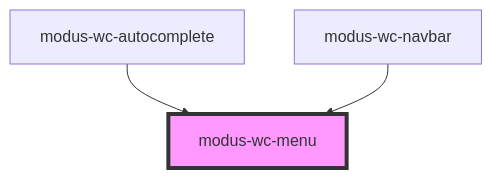
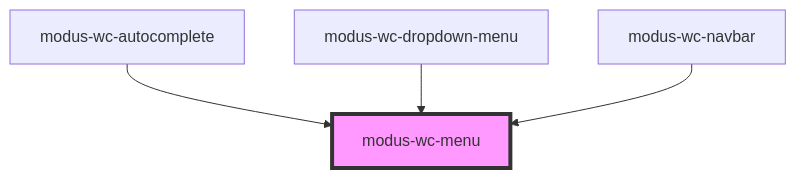
Before and after one commit to trimble-oss/modus-wc-2.0: the diagram in src/components/modus-wc-menu/readme.md, drawn with Mermaid. The commit also changed other lines of this file and 10 other files, not shown here.

Commit message:
feat: add dropdown menu component

````diff
--- a/src/components/modus-wc-menu/readme.md
+++ b/src/components/modus-wc-menu/readme.md
@@ -39,6 +40,7 @@
 ```mermaid
 graph TD;
   modus-wc-autocomplete --> modus-wc-menu
+  modus-wc-dropdown-menu --> modus-wc-menu
   modus-wc-navbar --> modus-wc-menu
   style modus-wc-menu fill:#f9f,stroke:#333,stroke-width:4px
 ```
````
